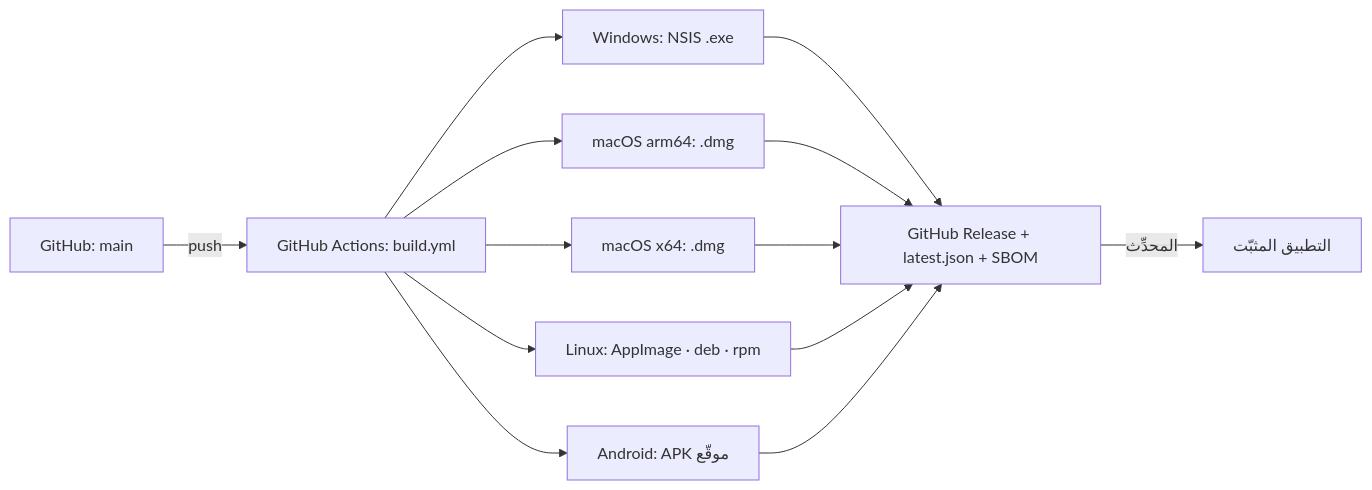
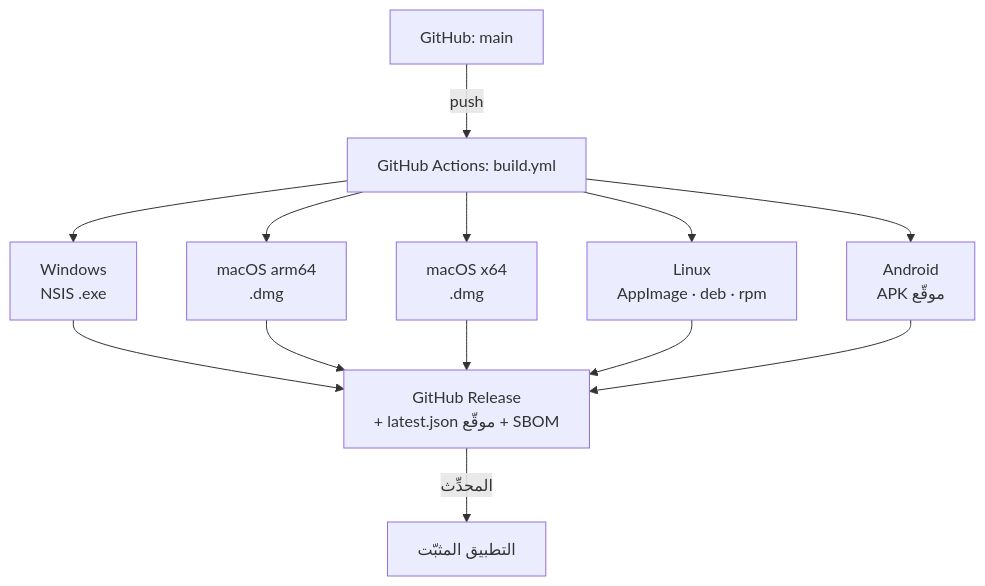
One commit to jake750/khama changed the third of 5 diagrams in docs/report/04-design.md. Above: the diagram before and after it, drawn with Mermaid. The commit also changed other lines of this file and 6 other files, not shown here.

First line of the commit message:
R3-A48: تصحيح مخطط الحالات، وحالات استخدام بصيغة UML، ومخططات مقروءة مطبوعة، والعنوان تحت الشكل

````diff
--- a/docs/report/04-design.md
+++ b/docs/report/04-design.md
@@ -114,11 +108,11 @@
 ```mermaid
-flowchart LR
-  G[GitHub: main] -->|push| CI[GitHub Actions: build.yml]
-  CI --> W[Windows: NSIS .exe]
-  CI --> M1[macOS arm64: .dmg]
-  CI --> M2[macOS x64: .dmg]
-  CI --> L[Linux: AppImage · deb · rpm]
-  CI --> A[Android: APK موقّع]
-  W & M1 & M2 & L & A --> REL[GitHub Release + latest.json + SBOM]
-  REL -->|المحدِّث| APP[التطبيق المثبّت]
+flowchart TB
+  G["GitHub: main"] -->|push| CI["GitHub Actions: build.yml"]
+  CI --> W["Windows<br/>NSIS .exe"]
+  CI --> M1["macOS arm64<br/>.dmg"]
+  CI --> M2["macOS x64<br/>.dmg"]
+  CI --> L["Linux<br/>AppImage · deb · rpm"]
+  CI --> A["Android<br/>APK موقّع"]
+  W & M1 & M2 & L & A --> REL["GitHub Release<br/>+ latest.json موقّع + SBOM"]
+  REL -->|المحدِّث| APP["التطبيق المثبّت"]
 ```
````
